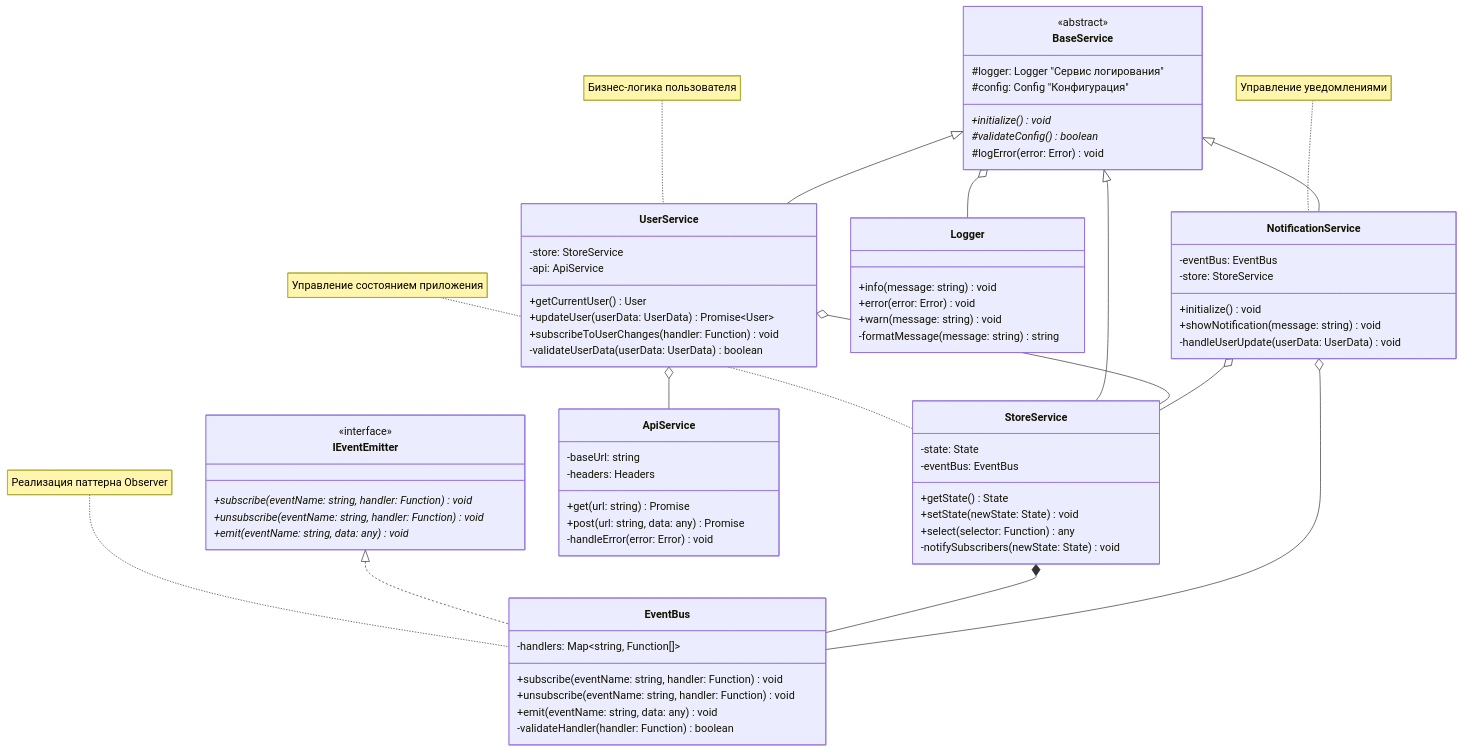
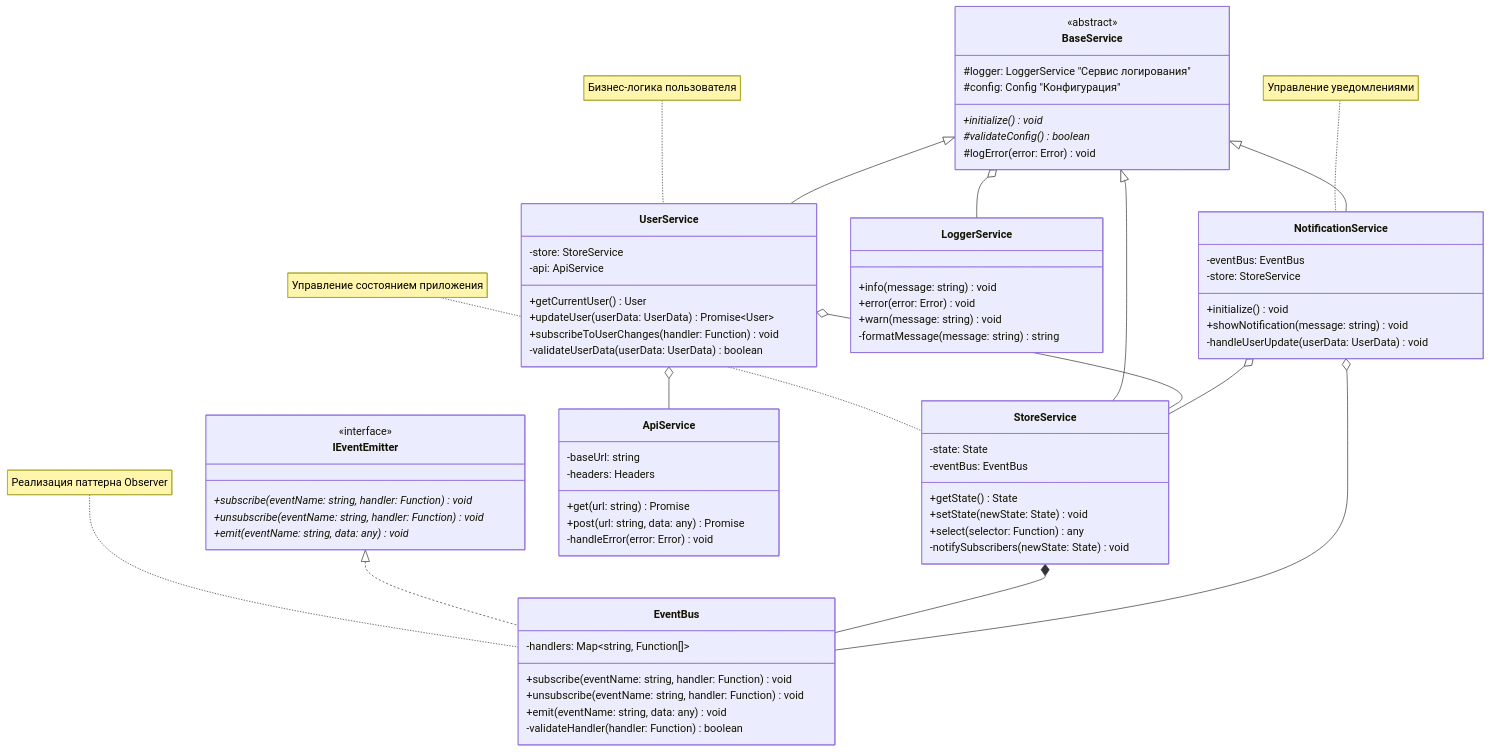
The second of 11 diagrams in tutorials/diagrams/mermaid.md (Vlad92msk/social_network.v2), drawn with Mermaid before and after one commit. The commit also changed other lines of this file and 38 other files, not shown here.

```diff
--- a/tutorials/diagrams/mermaid.md
+++ b/tutorials/diagrams/mermaid.md
@@ -39,7 +39,7 @@
 
    class BaseService {
       <<abstract>>
-      #logger: Logger "Сервис логирования"
+      #logger: LoggerService "Сервис логирования"
       #config: Config "Конфигурация"
       +initialize()* void
       #validateConfig()* boolean
@@ -82,7 +82,7 @@
    }
 
 %% Вспомогательные классы
-   class Logger {
+   class LoggerService {
       +info(message: string) void
       +error(error: Error) void
       +warn(message: string) void
@@ -108,7 +108,7 @@
    UserService o-- ApiService
    NotificationService o-- EventBus
    NotificationService o-- StoreService
-   BaseService o-- Logger
+   BaseService o-- LoggerService
 
 %% Примечания
    note for EventBus "Реализация паттерна Observer"
```
